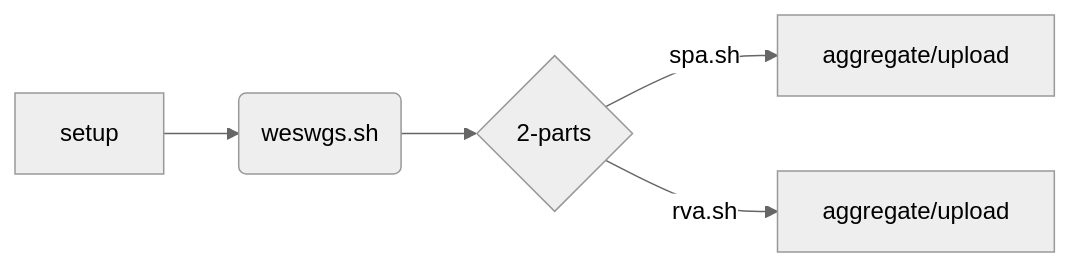
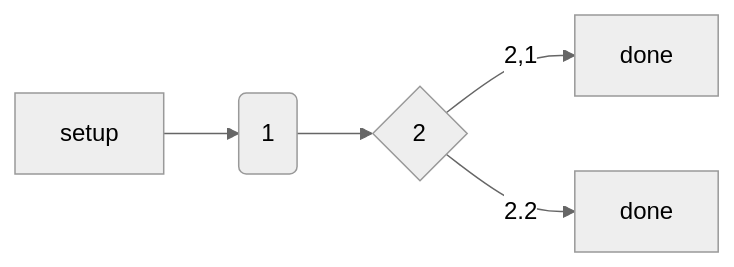
Before and after one commit to jinghuazhao/SCALLOP-Seq: the diagram in README.md, drawn with Mermaid (neutral theme). The commit also changed other lines of this file, not shown here.

```diff
--- a/README.md
+++ b/README.md
@@ -12,7 +12,7 @@
 <div class="mermaid">
 graph LR;
-A[setup] -->B(weswgs.sh);
-    B --> C{2-parts};
-    C -->|spa.sh| D[aggregate/upload];
-    C -->|rva.sh| E[aggregate/upload];
+A[setup] -->B(1);
+    B --> C{2};
+    C -->|2,1| D[done];
+    C -->|2.2| E[done];
 </div>
```
